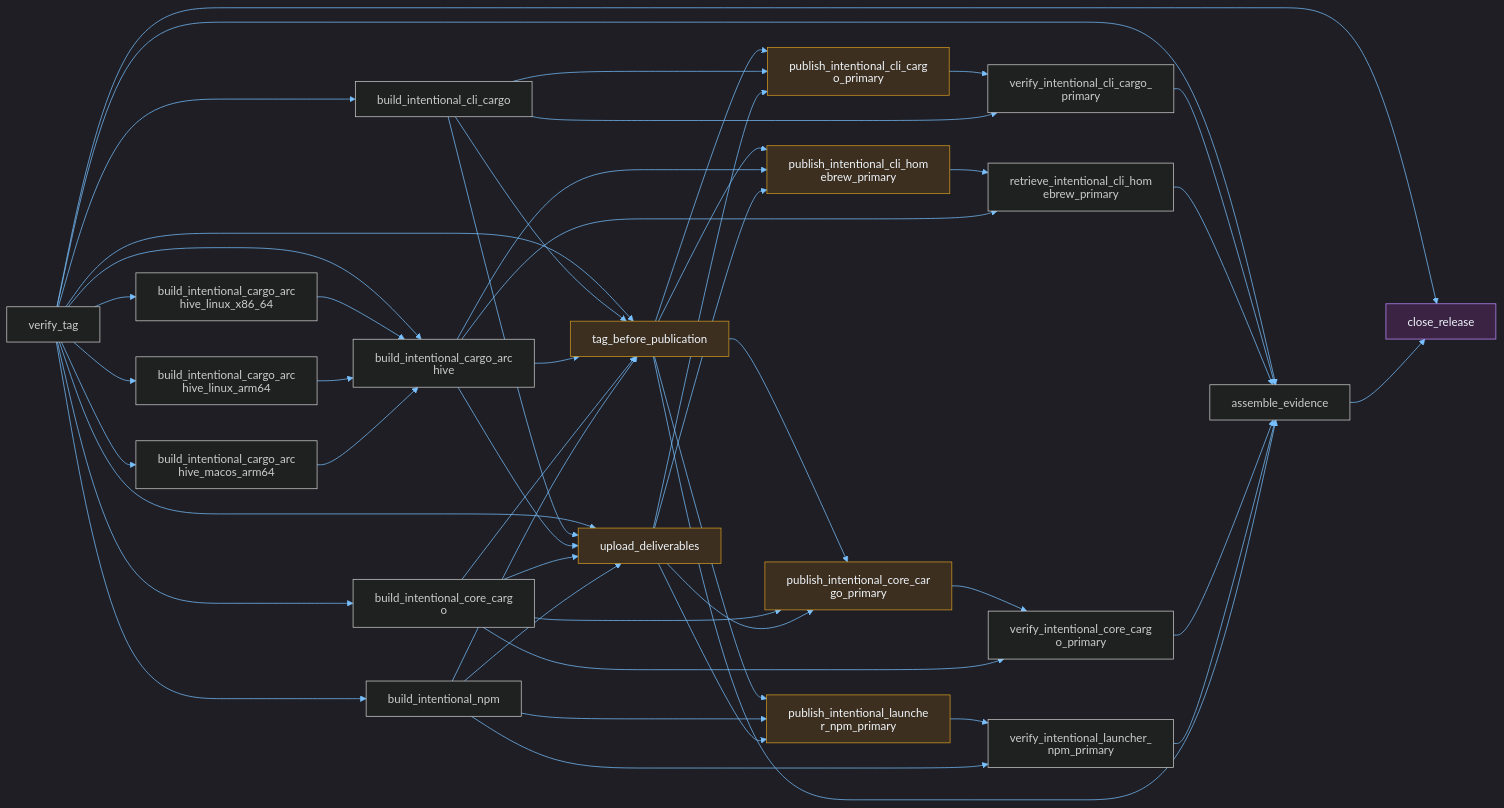
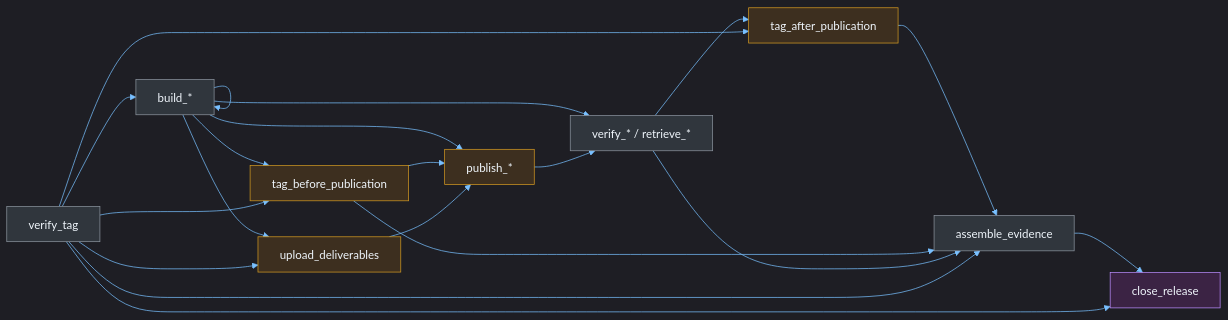
One commit to wyrd-company/intentional changed the diagram in docs/assets/publish-workflow.mmd. Above: the diagram before and after it, drawn with Mermaid. The commit also changed 12 other files, not shown here.

Commit message:
docs(executor): abstract publish workflow guidance

```diff
--- a/docs/assets/publish-workflow.mmd
+++ b/docs/assets/publish-workflow.mmd
@@ -1,75 +1,37 @@
-%% Generated from the derived publish workflow; do not edit by hand.
-%%{init: {"theme":"dark","htmlLabels":false,"deterministicIds":true,"deterministicIDSeed":"intentional-publish-workflow","flowchart":{"curve":"basis"},"themeVariables":{"background":"#24292e","primaryColor":"#30363d","primaryTextColor":"#f0f6fc","primaryBorderColor":"#8b949e","lineColor":"#79c0ff","fontFamily":"DejaVu Sans"}}}%%
+%% Generated from derived publish workflows; do not edit by hand.
+%%{init: {"theme":"dark","htmlLabels":false,"deterministicIds":true,"deterministicIDSeed":"intentional-publish-workflow","flowchart":{"curve":"basis"},"themeVariables":{"background":"#24292e","primaryTextColor":"#f0f6fc","lineColor":"#79c0ff","fontFamily":"DejaVu Sans"}}}%%
 flowchart LR
+classDef standard fill:#30363d,stroke:#8b949e,color:#f0f6fc
 classDef protected fill:#3d2f1f,stroke:#d29922,color:#f0f6fc
 classDef terminal fill:#3b2344,stroke:#bc8cff,color:#f0f6fc
-  intentional_verify_tag["verify_tag"]
-  intentional_build_intentional_cli_cargo["build_intentional_cli_cargo"]
-  intentional_build_intentional_cargo_archive_linux_x86_64["build_intentional_cargo_archive_linux_x86_64"]
-  intentional_build_intentional_cargo_archive_linux_arm64["build_intentional_cargo_archive_linux_arm64"]
-  intentional_build_intentional_cargo_archive_macos_arm64["build_intentional_cargo_archive_macos_arm64"]
-  intentional_build_intentional_cargo_archive["build_intentional_cargo_archive"]
-  intentional_build_intentional_core_cargo["build_intentional_core_cargo"]
-  intentional_build_intentional_npm["build_intentional_npm"]
-  intentional_tag_before_publication["tag_before_publication"]
-  intentional_upload_deliverables["upload_deliverables"]
-  intentional_publish_intentional_cli_cargo_primary["publish_intentional_cli_cargo_primary"]
-  intentional_verify_intentional_cli_cargo_primary["verify_intentional_cli_cargo_primary"]
-  intentional_publish_intentional_cli_homebrew_primary["publish_intentional_cli_homebrew_primary"]
-  intentional_retrieve_intentional_cli_homebrew_primary["retrieve_intentional_cli_homebrew_primary"]
-  intentional_publish_intentional_core_cargo_primary["publish_intentional_core_cargo_primary"]
-  intentional_verify_intentional_core_cargo_primary["verify_intentional_core_cargo_primary"]
-  intentional_publish_intentional_launcher_npm_primary["publish_intentional_launcher_npm_primary"]
-  intentional_verify_intentional_launcher_npm_primary["verify_intentional_launcher_npm_primary"]
-  intentional_assemble_evidence["assemble_evidence"]
-  intentional_close_release["close_release"]
-  intentional_verify_tag --> intentional_build_intentional_cli_cargo
-  intentional_verify_tag --> intentional_build_intentional_cargo_archive_linux_x86_64
-  intentional_verify_tag --> intentional_build_intentional_cargo_archive_linux_arm64
-  intentional_verify_tag --> intentional_build_intentional_cargo_archive_macos_arm64
-  intentional_verify_tag --> intentional_build_intentional_cargo_archive
-  intentional_build_intentional_cargo_archive_linux_x86_64 --> intentional_build_intentional_cargo_archive
-  intentional_build_intentional_cargo_archive_linux_arm64 --> intentional_build_intentional_cargo_archive
-  intentional_build_intentional_cargo_archive_macos_arm64 --> intentional_build_intentional_cargo_archive
-  intentional_verify_tag --> intentional_build_intentional_core_cargo
-  intentional_verify_tag --> intentional_build_intentional_npm
-  intentional_verify_tag --> intentional_tag_before_publication
-  intentional_build_intentional_cli_cargo --> intentional_tag_before_publication
-  intentional_build_intentional_cargo_archive --> intentional_tag_before_publication
-  intentional_build_intentional_core_cargo --> intentional_tag_before_publication
-  intentional_build_intentional_npm --> intentional_tag_before_publication
-  intentional_verify_tag --> intentional_upload_deliverables
-  intentional_build_intentional_cli_cargo --> intentional_upload_deliverables
-  intentional_build_intentional_cargo_archive --> intentional_upload_deliverables
-  intentional_build_intentional_core_cargo --> intentional_upload_deliverables
-  intentional_build_intentional_npm --> intentional_upload_deliverables
-  intentional_tag_before_publication --> intentional_publish_intentional_cli_cargo_primary
-  intentional_build_intentional_cli_cargo --> intentional_publish_intentional_cli_cargo_primary
-  intentional_upload_deliverables --> intentional_publish_intentional_cli_cargo_primary
-  intentional_publish_intentional_cli_cargo_primary --> intentional_verify_intentional_cli_cargo_primary
-  intentional_build_intentional_cli_cargo --> intentional_verify_intentional_cli_cargo_primary
-  intentional_tag_before_publication --> intentional_publish_intentional_cli_homebrew_primary
-  intentional_build_intentional_cargo_archive --> intentional_publish_intentional_cli_homebrew_primary
-  intentional_upload_deliverables --> intentional_publish_intentional_cli_homebrew_primary
-  intentional_publish_intentional_cli_homebrew_primary --> intentional_retrieve_intentional_cli_homebrew_primary
-  intentional_build_intentional_cargo_archive --> intentional_retrieve_intentional_cli_homebrew_primary
-  intentional_tag_before_publication --> intentional_publish_intentional_core_cargo_primary
-  intentional_build_intentional_core_cargo --> intentional_publish_intentional_core_cargo_primary
-  intentional_upload_deliverables --> intentional_publish_intentional_core_cargo_primary
-  intentional_publish_intentional_core_cargo_primary --> intentional_verify_intentional_core_cargo_primary
-  intentional_build_intentional_core_cargo --> intentional_verify_intentional_core_cargo_primary
-  intentional_tag_before_publication --> intentional_publish_intentional_launcher_npm_primary
-  intentional_build_intentional_npm --> intentional_publish_intentional_launcher_npm_primary
-  intentional_upload_deliverables --> intentional_publish_intentional_launcher_npm_primary
-  intentional_publish_intentional_launcher_npm_primary --> intentional_verify_intentional_launcher_npm_primary
-  intentional_build_intentional_npm --> intentional_verify_intentional_launcher_npm_primary
-  intentional_verify_tag --> intentional_assemble_evidence
-  intentional_verify_intentional_cli_cargo_primary --> intentional_assemble_evidence
-  intentional_retrieve_intentional_cli_homebrew_primary --> intentional_assemble_evidence
-  intentional_verify_intentional_core_cargo_primary --> intentional_assemble_evidence
-  intentional_verify_intentional_launcher_npm_primary --> intentional_assemble_evidence
-  intentional_tag_before_publication --> intentional_assemble_evidence
-  intentional_verify_tag --> intentional_close_release
-  intentional_assemble_evidence --> intentional_close_release
-  class intentional_tag_before_publication,intentional_upload_deliverables,intentional_publish_intentional_cli_cargo_primary,intentional_publish_intentional_cli_homebrew_primary,intentional_publish_intentional_core_cargo_primary,intentional_publish_intentional_launcher_npm_primary,intentional_close_release protected
-  class intentional_close_release terminal
+  assemble["assemble_evidence"]
+  build["build_*"]
+  close["close_release"]
+  phase_after["tag_after_publication"]
+  phase_before["tag_before_publication"]
+  publisher["publish_*"]
+  upload["upload_deliverables"]
+  verifier["verify_* / retrieve_*"]
+  verify_tag["verify_tag"]
+  assemble --> close
+  build --> build
+  build --> phase_before
+  build --> publisher
+  build --> upload
+  build --> verifier
+  phase_after --> assemble
+  phase_before --> assemble
+  phase_before --> publisher
+  publisher --> verifier
+  upload --> publisher
+  verifier --> assemble
+  verifier --> phase_after
+  verify_tag --> assemble
+  verify_tag --> build
+  verify_tag --> close
+  verify_tag --> phase_after
+  verify_tag --> phase_before
+  verify_tag --> upload
+  class assemble,build,verifier,verify_tag standard
+  class close,phase_after,phase_before,publisher,upload protected
+  class close terminal
```
